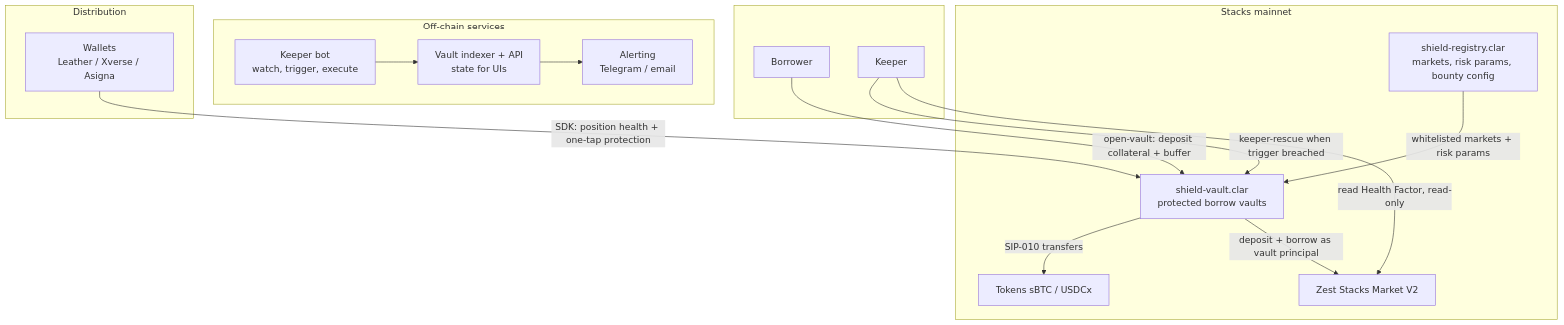
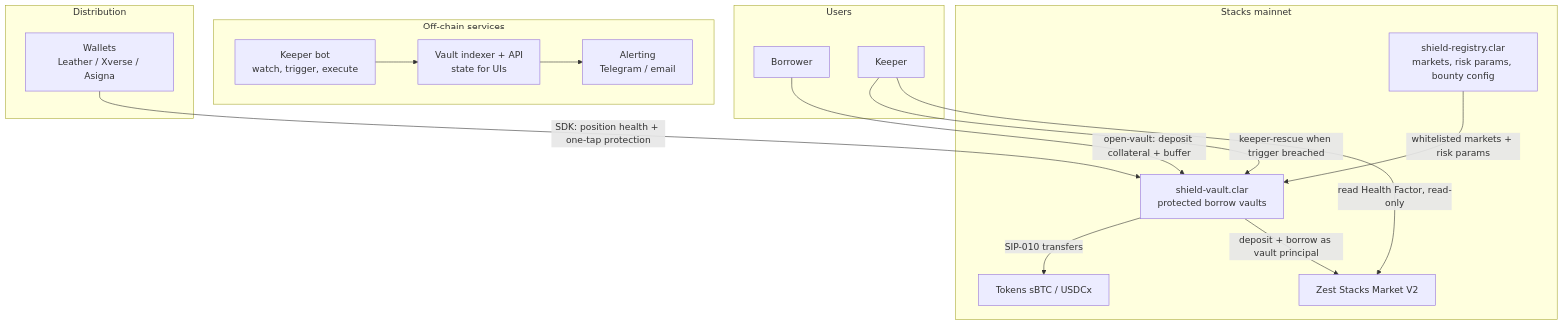
One commit to zynorr/Shield-Vaults changed the first of 6 diagrams in docs/architecture.md. Above: the diagram before and after it, drawn with Mermaid. The commit also changed other lines of this file, not shown here.

Commit message:
Fix state diagram fence and subgraph label in architecture doc

````diff
--- a/docs/architecture.md
+++ b/docs/architecture.md
@@ -9,34 +9,34 @@
 ```mermaid
 flowchart TB
-    subgraph Users[" "]
+    subgraph "Users"
         B[Borrower]
         K[Keeper]
     end
 
     subgraph Chain["Stacks mainnet"]
         SV[shield-vault.clar<br/>protected borrow vaults]
         SR[shield-registry.clar<br/>markets, risk params, bounty config]
         Z[Zest Stacks Market V2]
         T[Tokens sBTC / USDCx]
     end
 
     subgraph Offchain["Off-chain services"]
         KB[Keeper bot<br/>watch, trigger, execute]
         API[Vault indexer + API<br/>state for UIs]
         AL[Alerting<br/>Telegram / email]
     end
 
     subgraph Dist["Distribution"]
         W[Wallets<br/>Leather / Xverse / Asigna]
     end
 
     B -->|open-vault: deposit collateral + buffer| SV
     SV -->|deposit + borrow as vault principal| Z
     SV -->|SIP-010 transfers| T
     SR -->|whitelisted markets + risk params| SV
     K -->|read Health Factor, read-only| Z
     K -->|keeper-rescue when trigger breached| SV
     KB --> API
     API --> AL
     W -->|SDK: position health + one-tap protection| SV
 ```
````
